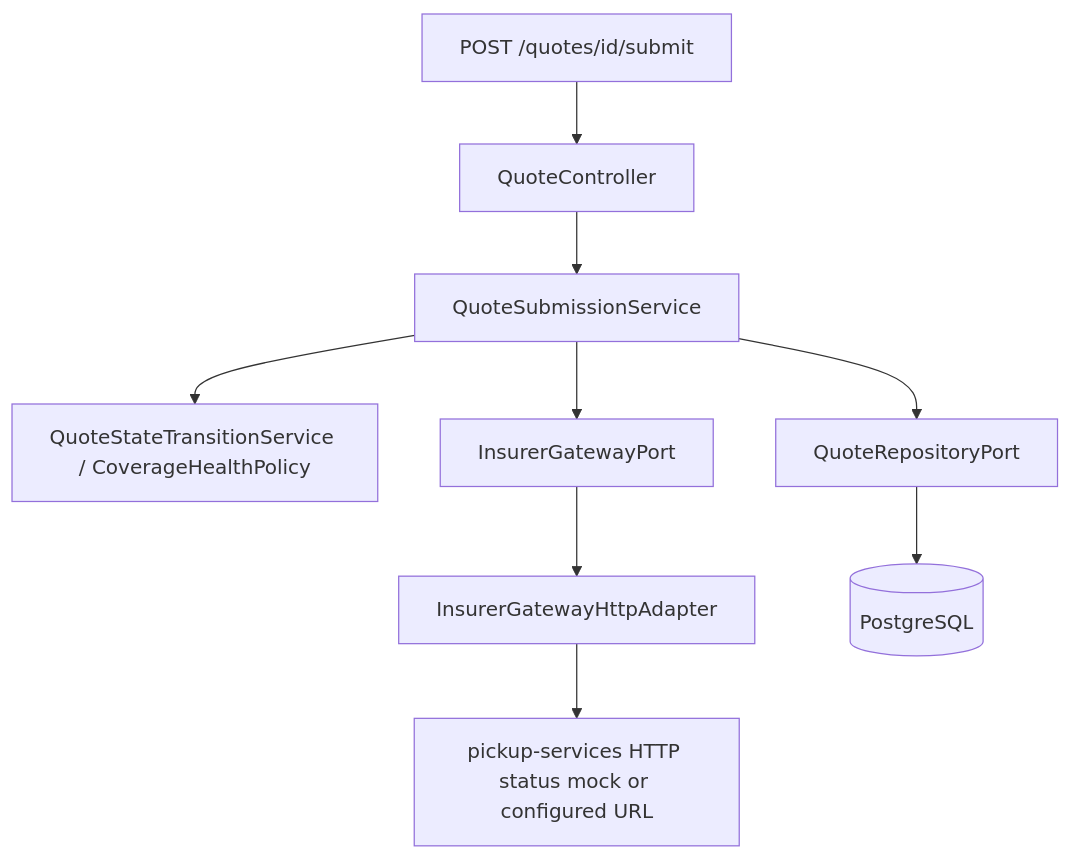
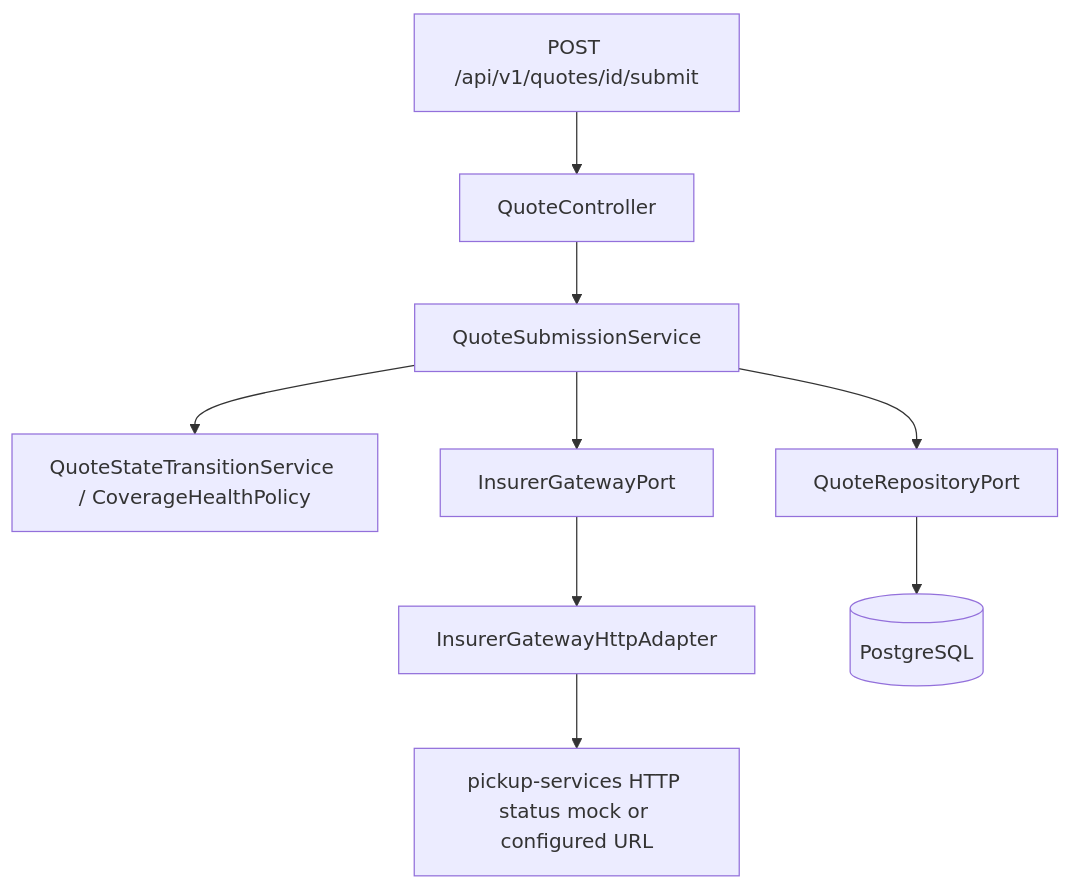
Before and after one commit to aegre/trustbuddy-api: the second of 2 diagrams in ARCHITECTURE.md, drawn with Mermaid. The commit also changed other lines of this file and 14 other files, not shown here.

````diff
--- a/ARCHITECTURE.md
+++ b/ARCHITECTURE.md
@@ -47,11 +47,11 @@
 ```mermaid
 flowchart TB
-    HTTP[POST /quotes/id/submit] --> Controller[QuoteController]
+    HTTP[POST /api/v1/quotes/id/submit] --> Controller[QuoteController]
     Controller --> SubmitSvc[QuoteSubmissionService]
     SubmitSvc --> DomainSvc[QuoteStateTransitionService / CoverageHealthPolicy]
     SubmitSvc --> Repo[QuoteRepositoryPort]
     SubmitSvc --> Gateway[InsurerGatewayPort]
     Gateway --> HttpAdapter[InsurerGatewayHttpAdapter]
     HttpAdapter --> External[pickup-services HTTP status mock or configured URL]
     Repo --> DB[(PostgreSQL)]
 ```
````
